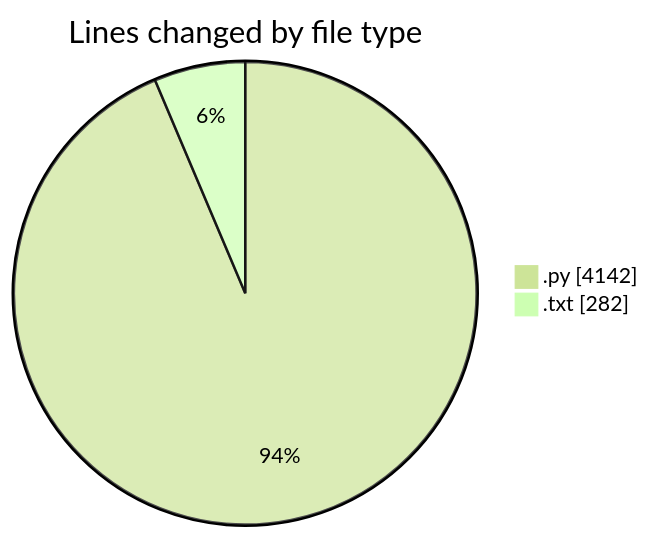
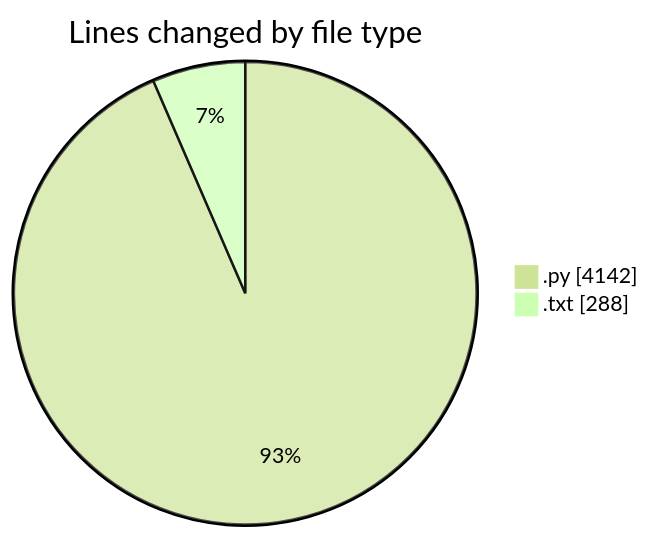
The first of 2 diagrams in 2025-05-26/zip_file/README.md (Ritupan-Deka/code-tracking), drawn with Mermaid (forest theme) before and after one commit. The commit also changed other lines of this file and 1 other file, not shown here.

````diff
--- a/2025-05-26/zip_file/README.md
+++ b/2025-05-26/zip_file/README.md
@@ -34,6 +34,6 @@
 ```mermaid
 pie showData
 title Lines changed by file type
 ".py" : 4142
-".txt" : 282
+".txt" : 288
 ```
````
